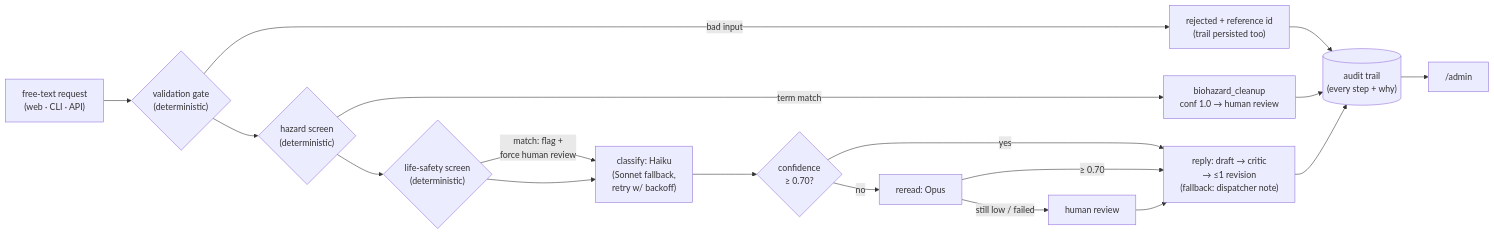
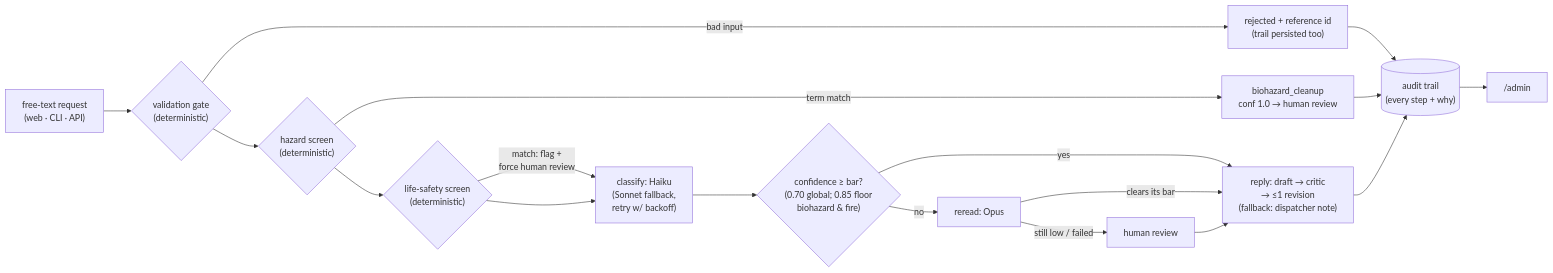
The diagram in README.md (aeicher5/restoration-intake-agent), drawn with Mermaid before and after one commit. The commit also changed other lines of this file and 2 other files, not shown here.

````diff
--- a/README.md
+++ b/README.md
@@ -33,20 +33,20 @@
 ```mermaid
 flowchart LR
     A["free-text request<br/>(web · CLI · API)"] --> V{"validation gate<br/>(deterministic)"}
     V -- "bad input" --> R["rejected + reference id<br/>(trail persisted too)"]
     V --> H{"hazard screen<br/>(deterministic)"}
     H -- "term match" --> HB["biohazard_cleanup<br/>conf 1.0 → human review"]
     H --> LS{"life-safety screen<br/>(deterministic)"}
     LS -- "match: flag +<br/>force human review" --> C
     LS --> C["classify: Haiku<br/>(Sonnet fallback,<br/>retry w/ backoff)"]
-    C --> G{"confidence<br/>≥ 0.70?"}
+    C --> G{"confidence ≥ bar?<br/>(0.70 global; 0.85 floor<br/>biohazard & fire)"}
     G -- yes --> RE
     G -- no --> O["reread: Opus"]
-    O -- "≥ 0.70" --> RE
+    O -- "clears its bar" --> RE
     O -- "still low / failed" --> HU["human review"]
     HU --> RE["reply: draft → critic<br/>→ ≤1 revision<br/>(fallback: dispatcher note)"]
     HB --> T[("audit trail<br/>(every step + why)")]
     R --> T
     RE --> T
     T --> AD["/admin"]
 ```
````
